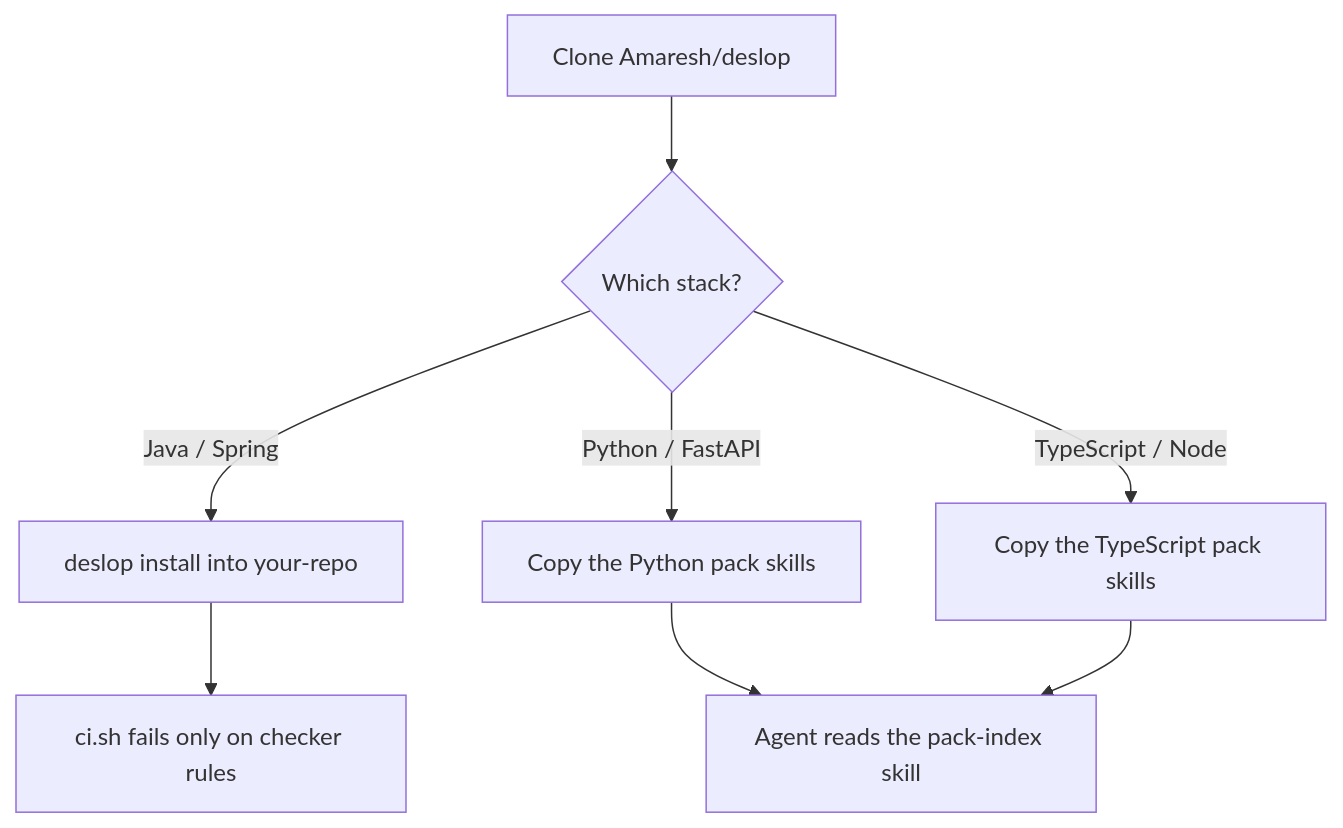
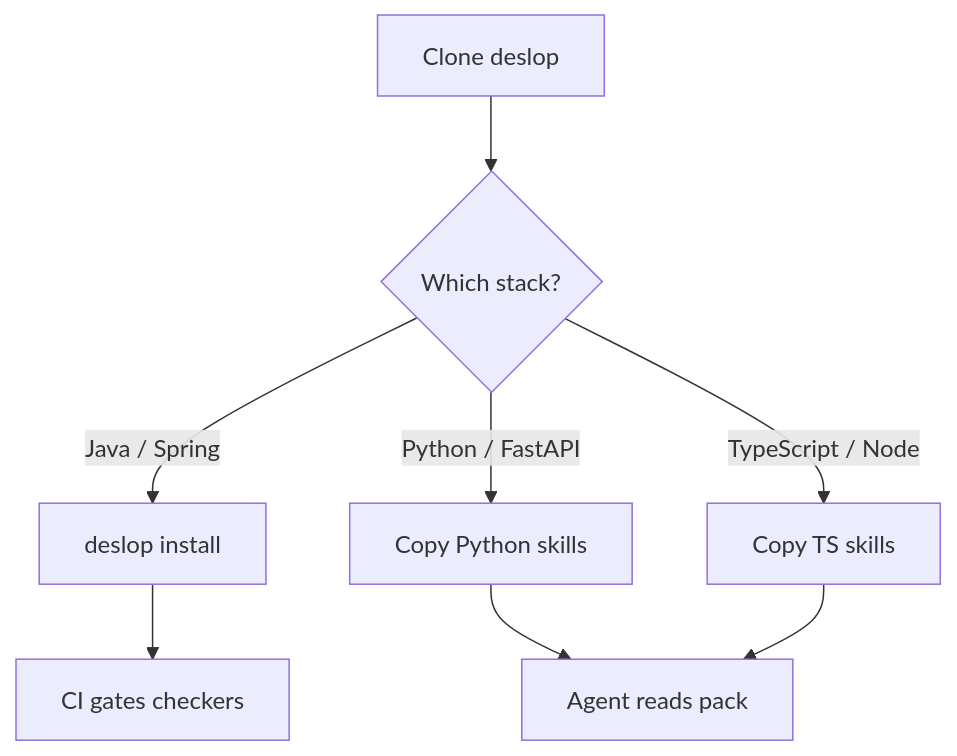
The fourth of 5 diagrams in README.md (Amaresh/deslop), drawn with Mermaid before and after one commit. The commit also changed other lines of this file, not shown here.

First line of the commit message:
docs: shorten mermaid labels so GitHub does not clip them

````diff
--- a/README.md
+++ b/README.md
@@ -115,10 +115,10 @@
 ```mermaid
 flowchart TD
-  Clone["Clone Amaresh/deslop"] --> Pick{"Which stack?"}
-  Pick -->|"Java / Spring"| Inst["deslop install into your-repo"]
-  Pick -->|"Python / FastAPI"| CopyP["Copy the Python pack skills"]
-  Pick -->|"TypeScript / Node"| CopyT["Copy the TypeScript pack skills"]
-  Inst --> CI["ci.sh fails only on checker rules"]
-  CopyP --> Agent["Agent reads the pack-index skill"]
+  Clone["Clone deslop"] --> Pick{"Which stack?"}
+  Pick -->|"Java / Spring"| Inst["deslop install"]
+  Pick -->|"Python / FastAPI"| CopyP["Copy Python skills"]
+  Pick -->|"TypeScript / Node"| CopyT["Copy TS skills"]
+  Inst --> CI["CI gates checkers"]
+  CopyP --> Agent["Agent reads pack"]
   CopyT --> Agent
 ```
````
